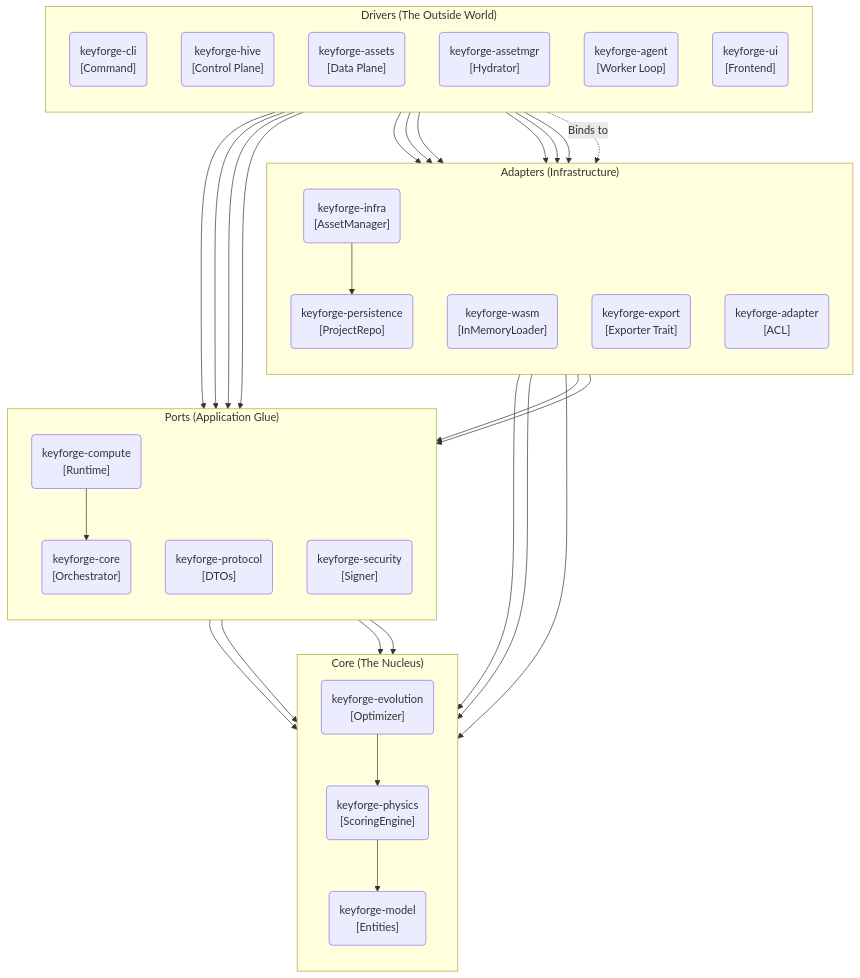
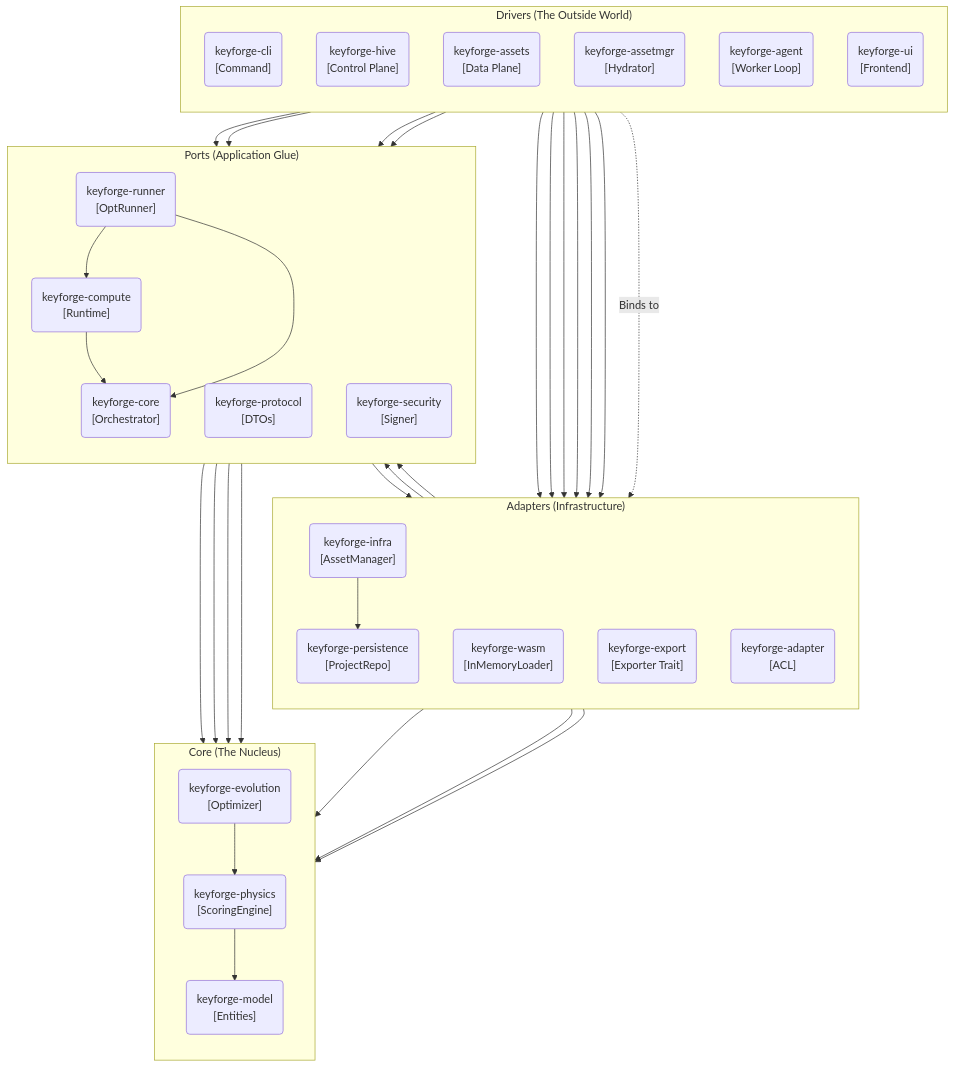
Before and after one commit to infodungeon/keyforge: the diagram in docs/design/ARCHITECTURE_MAP.md, drawn with Mermaid. The commit also changed other lines of this file and 82 other files, not shown here.

```diff
--- a/docs/design/ARCHITECTURE_MAP.md
+++ b/docs/design/ARCHITECTURE_MAP.md
@@ -31,6 +31,7 @@
         direction TB
         Compute("keyforge-compute<br/>[Runtime]")
         Core("keyforge-core<br/>[Orchestrator]")
+        Runner("keyforge-runner<br/>[OptRunner]")
         Proto("keyforge-protocol<br/>[DTOs]")
         Sec("keyforge-security<br/>[Signer]")
     end
@@ -71,6 +72,9 @@
 
     %% Ports orchestrate Domain
     Compute --> Core
+    Runner --> Compute
+    Runner --> Core
+    Runner --> Adapt
     Core --> Evo
     Core --> Phys
     Proto --> Model
@@ -98,6 +102,7 @@
     %% Ports
     click Compute href "./keyforge-compute/README.md" "Open Compute Design"
     click Core href "./keyforge-core/README.md" "Open Core Design"
+    click Runner href "./keyforge-runner/README.md" "Open Runner Design"
     click Sec href "./keyforge-security/README.md" "Open Security Design"
     
     %% Core
```
